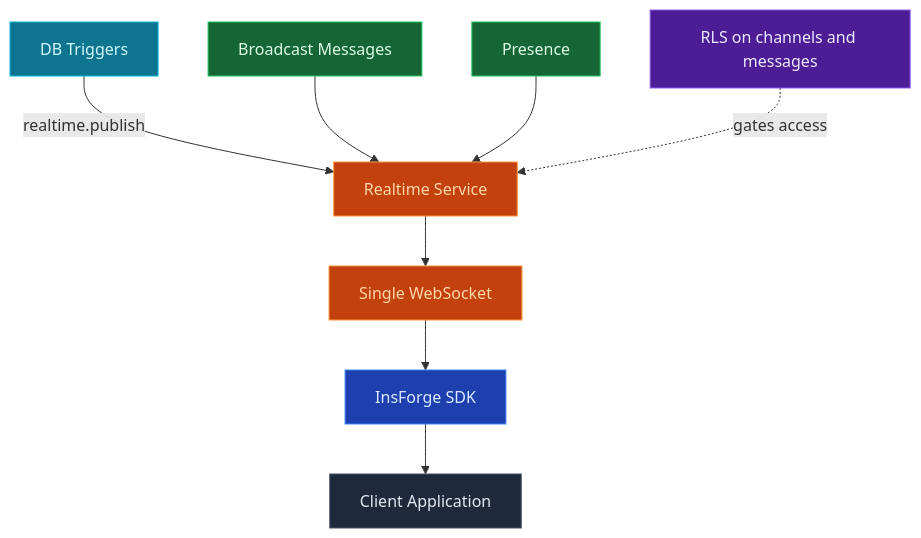
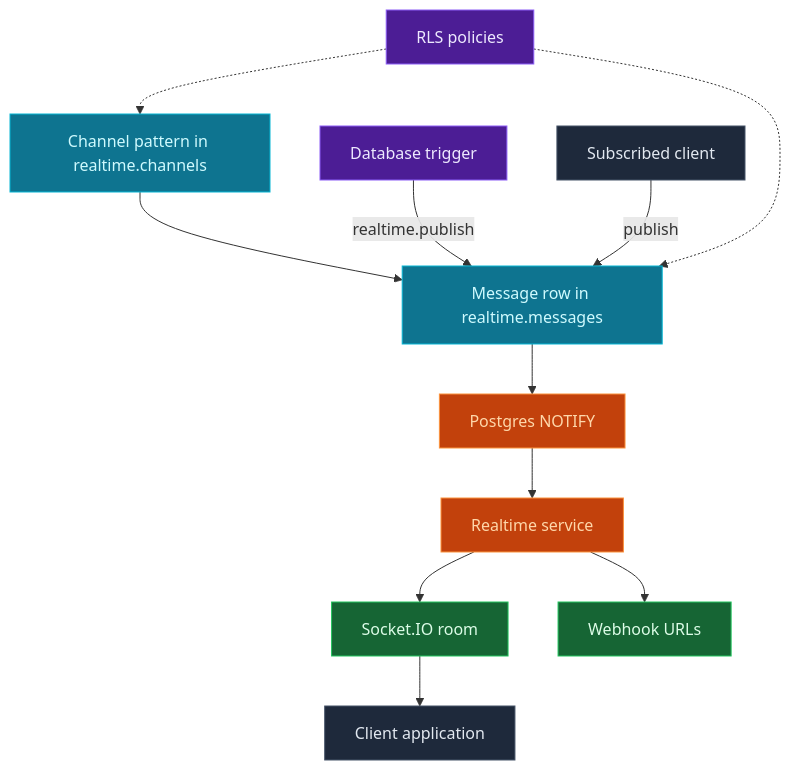
One commit to InsForge/InsForge changed the diagram in docs/core-concepts/realtime/overview.mdx. Above: the diagram before and after it, drawn with Mermaid. The commit also changed other lines of this file and 21 other files, not shown here.

````diff
--- a/docs/core-concepts/realtime/overview.mdx
+++ b/docs/core-concepts/realtime/overview.mdx
@@ -13,21 +13,25 @@
 ```mermaid
 graph TB
-    Changes[DB Triggers] -->|realtime.publish| RT[Realtime Service]
-    Broadcast[Broadcast Messages] --> RT
-    Presence[Presence] --> RT
+    Channel[Channel pattern in realtime.channels] --> Message[Message row in realtime.messages]
+    Trigger[Database trigger] -->|realtime.publish| Message
+    Client[Subscribed client] -->|publish| Message
+    Message --> Notify[Postgres NOTIFY]
+    Notify --> Service[Realtime service]
+    Service --> Socket[Socket.IO room]
+    Service --> Webhook[Webhook URLs]
+    Socket --> App[Client application]
 
-    RLS["RLS on channels and messages"] -.->|gates access| RT
+    RLS[RLS policies] -.-> Channel
+    RLS -.-> Message
 
-    RT --> WS[Single WebSocket]
-    WS --> SDK[InsForge SDK]
-    SDK --> App[Client Application]
-
-    style Changes fill:#0e7490,stroke:#06b6d4,color:#cffafe
-    style Broadcast fill:#166534,stroke:#22c55e,color:#dcfce7
-    style Presence fill:#166534,stroke:#22c55e,color:#dcfce7
+    style Channel fill:#0e7490,stroke:#06b6d4,color:#cffafe
+    style Message fill:#0e7490,stroke:#06b6d4,color:#cffafe
+    style Trigger fill:#4c1d95,stroke:#8b5cf6,color:#ede9fe
+    style Client fill:#1e293b,stroke:#475569,color:#e2e8f0
+    style Notify fill:#c2410c,stroke:#fb923c,color:#fed7aa
+    style Service fill:#c2410c,stroke:#fb923c,color:#fed7aa
+    style Socket fill:#166534,stroke:#22c55e,color:#dcfce7
+    style Webhook fill:#166534,stroke:#22c55e,color:#dcfce7
+    style App fill:#1e293b,stroke:#475569,color:#e2e8f0
     style RLS fill:#4c1d95,stroke:#8b5cf6,color:#ede9fe
-    style RT fill:#c2410c,stroke:#fb923c,color:#fed7aa
-    style WS fill:#c2410c,stroke:#fb923c,color:#fed7aa
-    style SDK fill:#1e40af,stroke:#3b82f6,color:#dbeafe
-    style App fill:#1e293b,stroke:#475569,color:#e2e8f0
 ```
````
